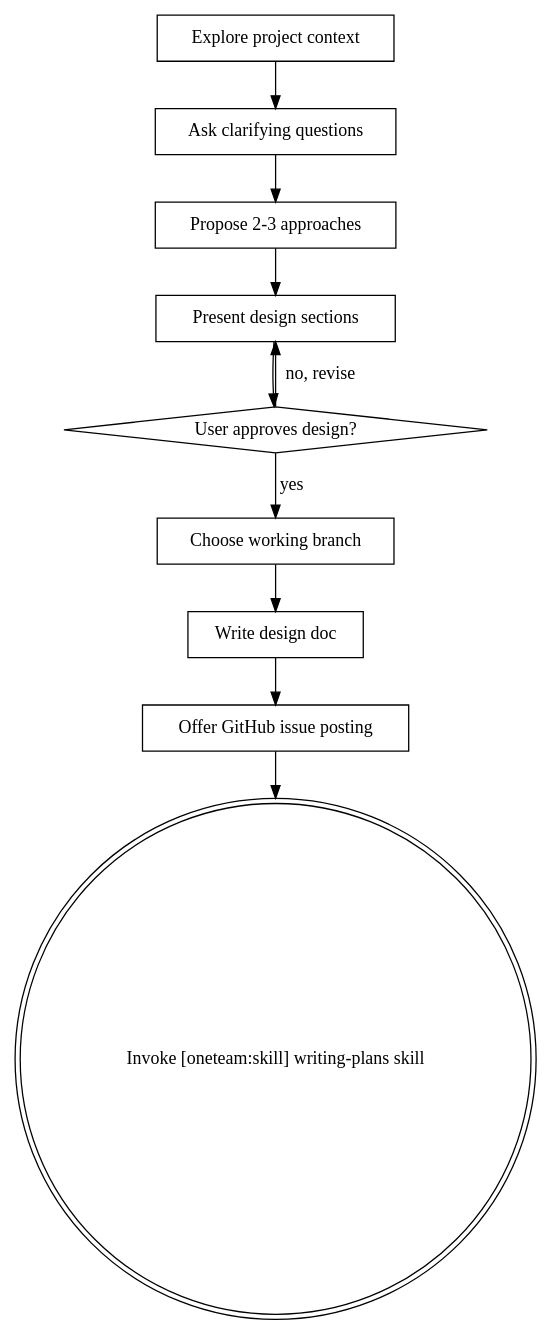
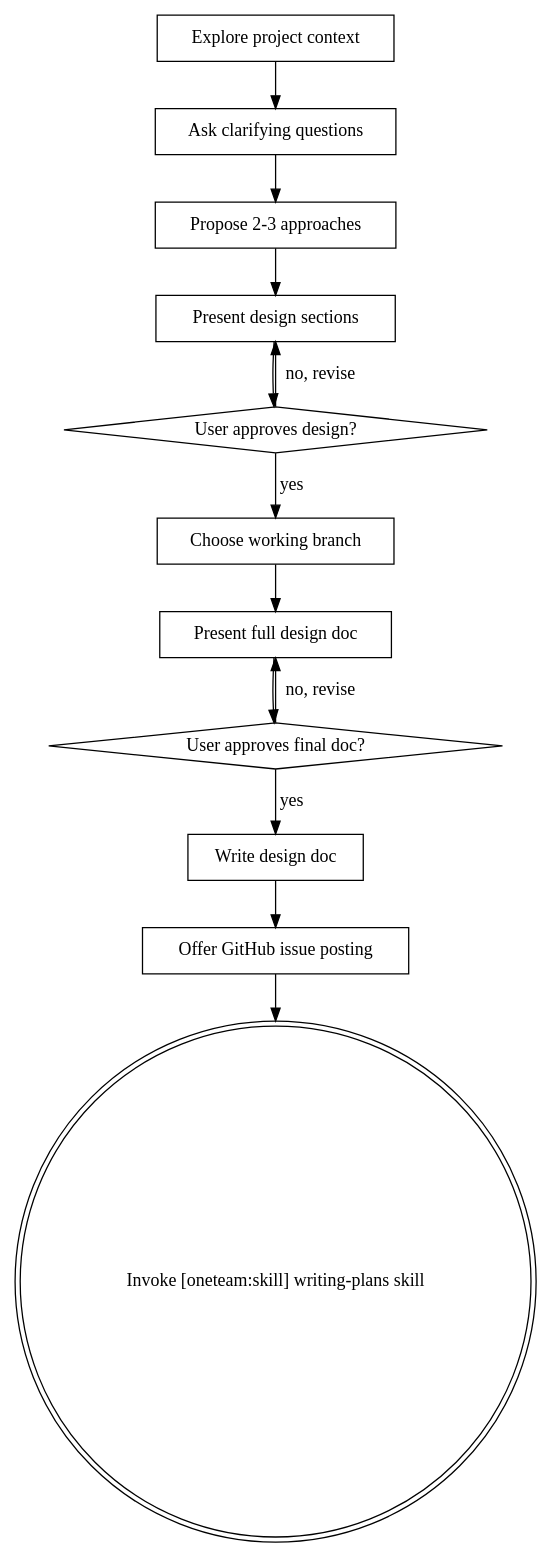
The diagram in skills/brainstorming/SKILL.md (yotto3s/oneteam-agents), drawn with Graphviz before and after one commit. The commit also changed other lines of this file, not shown here.

Commit message:
feat: add print-before-write approval gate to brainstorming skill

````diff
--- a/skills/brainstorming/SKILL.md
+++ b/skills/brainstorming/SKILL.md
@@ -44,23 +45,28 @@
 ```dot
 digraph brainstorming {
     "Explore project context" [shape=box];
     "Ask clarifying questions" [shape=box];
     "Propose 2-3 approaches" [shape=box];
     "Present design sections" [shape=box];
     "User approves design?" [shape=diamond];
     "Choose working branch" [shape=box];
+    "Present full design doc" [shape=box];
+    "User approves final doc?" [shape=diamond];
     "Write design doc" [shape=box];
     "Offer GitHub issue posting" [shape=box];
     "Invoke [oneteam:skill] writing-plans skill" [shape=doublecircle];
 
     "Explore project context" -> "Ask clarifying questions";
     "Ask clarifying questions" -> "Propose 2-3 approaches";
     "Propose 2-3 approaches" -> "Present design sections";
     "Present design sections" -> "User approves design?";
     "User approves design?" -> "Present design sections" [label="no, revise"];
     "User approves design?" -> "Choose working branch" [label="yes"];
-    "Choose working branch" -> "Write design doc";
+    "Choose working branch" -> "Present full design doc";
+    "Present full design doc" -> "User approves final doc?";
+    "User approves final doc?" -> "Present full design doc" [label="no, revise"];
+    "User approves final doc?" -> "Write design doc" [label="yes"];
     "Write design doc" -> "Offer GitHub issue posting";
     "Offer GitHub issue posting" -> "Invoke [oneteam:skill] writing-plans skill";
 }
 ```
````
